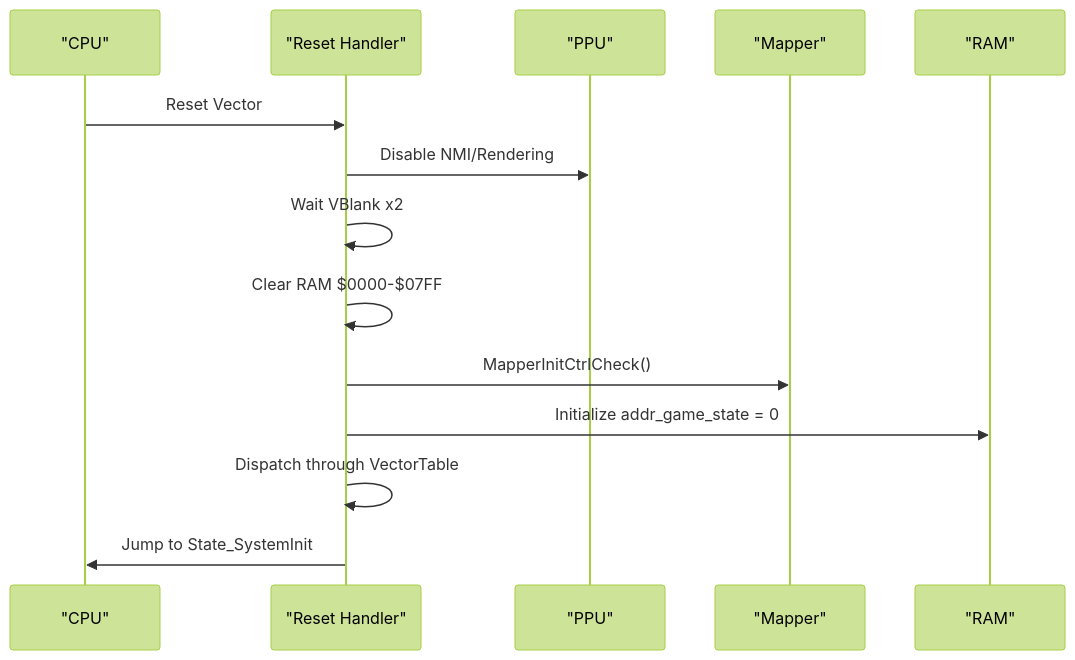
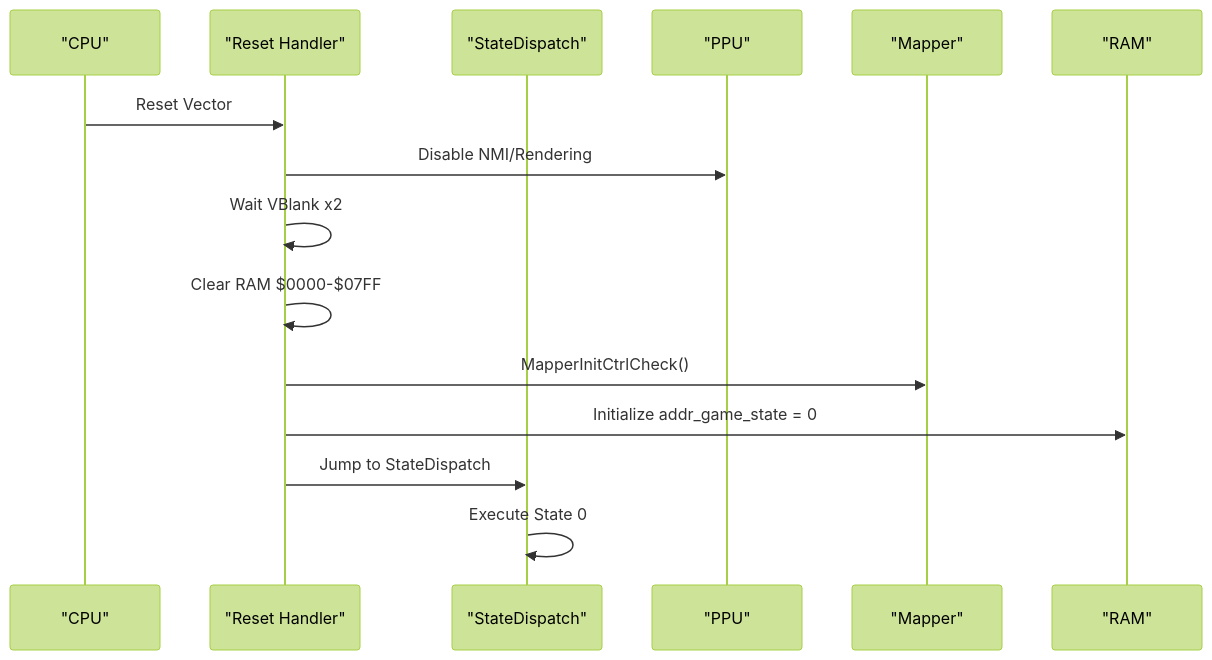
One commit to rabbyzero/sango2dasm changed the fifth of 7 diagrams in .qoder/repowiki/en/content/Game State Management/Game State Management.md. Above: the diagram before and after it, drawn with Mermaid (forest theme). The commit also changed other lines of this file and 9 other files, not shown here.

````diff
--- a/.qoder/repowiki/en/content/Game State Management/Game State Management.md
+++ b/.qoder/repowiki/en/content/Game State Management/Game State Management.md
@@ -169,16 +195,17 @@
 ```mermaid
 sequenceDiagram
 participant CPU as "CPU"
 participant Reset as "Reset Handler"
+participant StateDispatch as "StateDispatch"
 participant PPU as "PPU"
 participant Mapper as "Mapper"
 participant RAM as "RAM"
 CPU->>Reset : Reset Vector
 Reset->>PPU : Disable NMI/Rendering
 Reset->>Reset : Wait VBlank x2
 Reset->>Reset : Clear RAM $0000-$07FF
 Reset->>Mapper : MapperInitCtrlCheck()
 Reset->>RAM : Initialize addr_game_state = 0
-Reset->>Reset : Dispatch through VectorTable
-Reset->>CPU : Jump to State_SystemInit
+Reset->>StateDispatch : Jump to StateDispatch
+StateDispatch->>StateDispatch : Execute State 0
 ```
````
